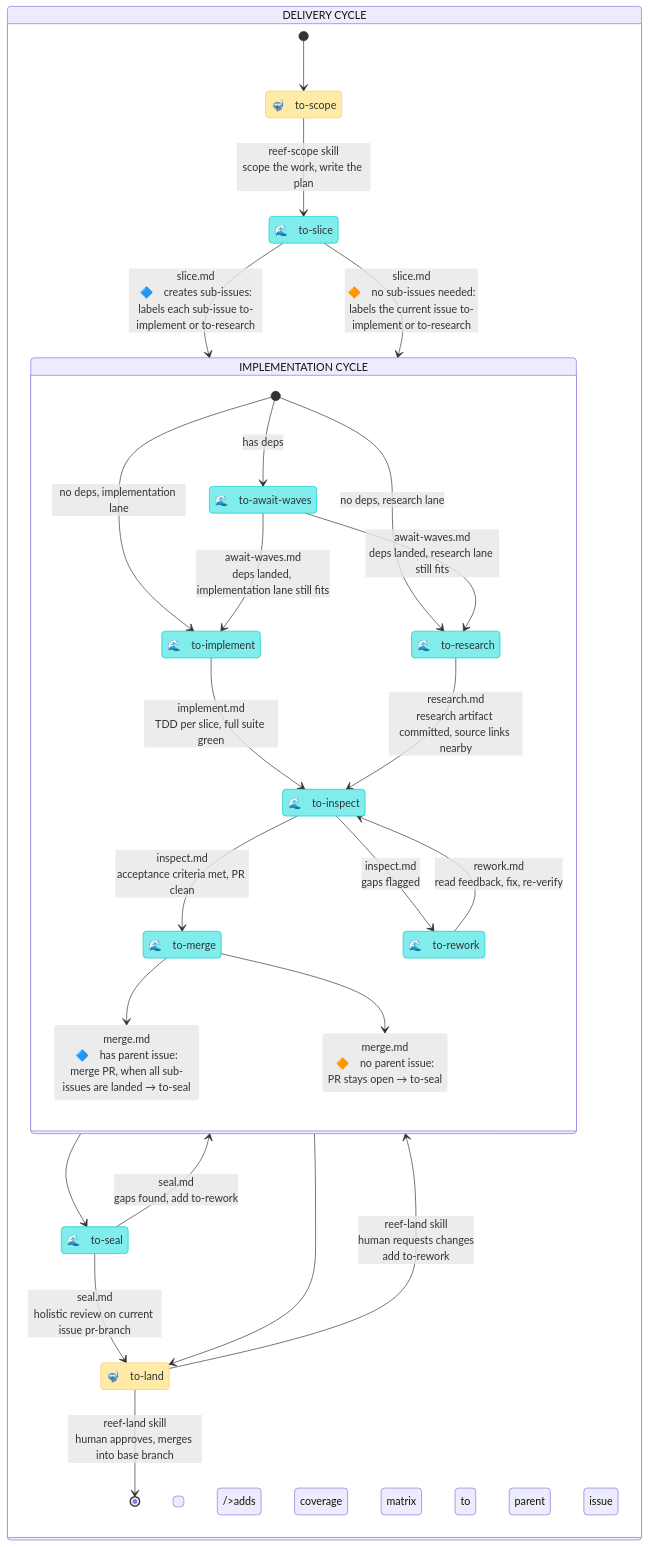
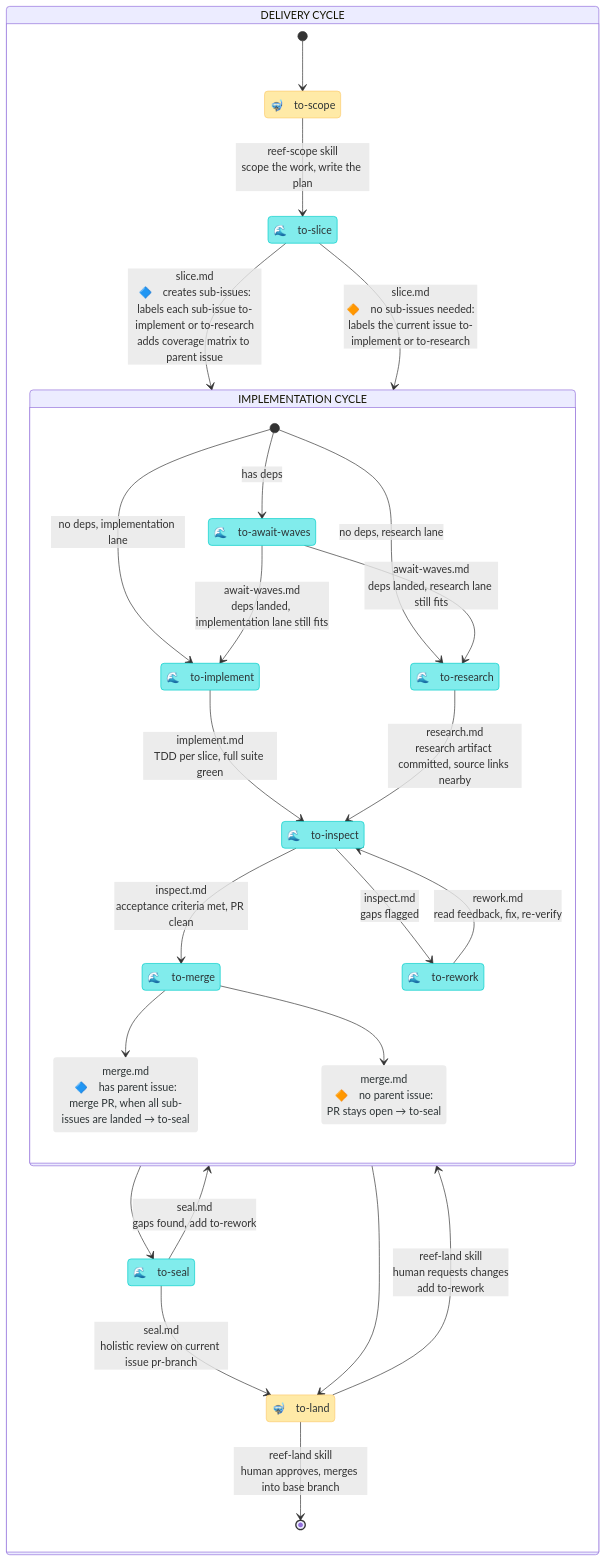
The diagram in README.md (mesqueeb/moonjelly-reef), drawn with Mermaid before and after one commit. The commit also changed 25 other files, not shown here.

````diff
--- a/README.md
+++ b/README.md
@@ -30,56 +30,55 @@
 ```mermaid
 stateDiagram-v2
     direction TB
 
     classDef human fill:#ffeaa7,stroke:#fdcb6e,color:#2d3436
     classDef agent fill:#81ecec,stroke:#00cec9,color:#2d3436
     classDef arrow fill:#ececec,stroke:#ffffff00,color:#2d3436
 
     state "DELIVERY CYCLE" as work {
 
         state "🤿　to-scope" as to_scope
         state "🌊　to-slice" as to_slice
         state "🌊　to-seal" as to_seal
         state "🤿　to-land" as to_land
 
         [*] --> to_scope
         to_scope --> to_slice : reef-scope skill<br />scope the work, write the plan
-        to_slice --> slice_lifecycle : slice.md<br />🔷　creates sub-issues:<br />labels each sub-issue to-implement or to-research
-<br />adds coverage matrix to parent issue
+        to_slice --> slice_lifecycle : slice.md<br />🔷　creates sub-issues:<br />labels each sub-issue to-implement or to-research<br />adds coverage matrix to parent issue
         to_slice --> slice_lifecycle : slice.md<br />🔶　no sub-issues needed:<br />labels the current issue to-implement or to-research
         slice_lifecycle --> to_seal
         slice_lifecycle --> to_land
         to_seal --> to_land : seal.md<br />holistic review on current issue pr-branch
         to_seal --> slice_lifecycle : seal.md<br />gaps found, add to-rework
         to_land --> [*] : reef-land skill<br />human approves, merges into base branch
         to_land --> slice_lifecycle : reef-land skill<br />human requests changes<br />add to-rework
     }
 
     state "IMPLEMENTATION CYCLE" as slice_lifecycle {
 
         state "🌊　to-await-waves" as to_await
         state "🌊　to-implement" as to_implement
         state "🌊　to-research" as to_research
         state "🌊　to-inspect" as to_inspect
         state "🌊　to-rework" as to_rework
         state "🌊　to-merge" as to_merge
         state "merge.md<br />🔷　has parent issue:<br />merge PR, when all sub-issues are landed → to-seal" as merge_multi
         state "merge.md<br />🔶　no parent issue:<br />PR stays open → to-seal" as merge_single
         [*] --> to_implement : no deps, implementation lane
         [*] --> to_research : no deps, research lane
         [*] --> to_await : has deps
         to_await --> to_implement : await-waves.md<br />deps landed, implementation lane still fits
         to_await --> to_research : await-waves.md<br />deps landed, research lane still fits
         to_implement --> to_inspect : implement.md<br />TDD per slice, full suite green
         to_research --> to_inspect : research.md<br />research artifact committed, source links nearby
         to_inspect --> to_merge : inspect.md<br />acceptance criteria met, PR clean
         to_inspect --> to_rework : inspect.md<br />gaps flagged
         to_rework --> to_inspect : rework.md<br />read feedback, fix, re-verify
         to_merge --> merge_multi
         to_merge --> merge_single
     }
 
     class to_scope,to_land human
     class to_slice,to_seal,plan_rework,to_await,to_implement,to_research,to_inspect,to_rework,to_merge agent
     class merge_multi,merge_single arrow
 ```
````
